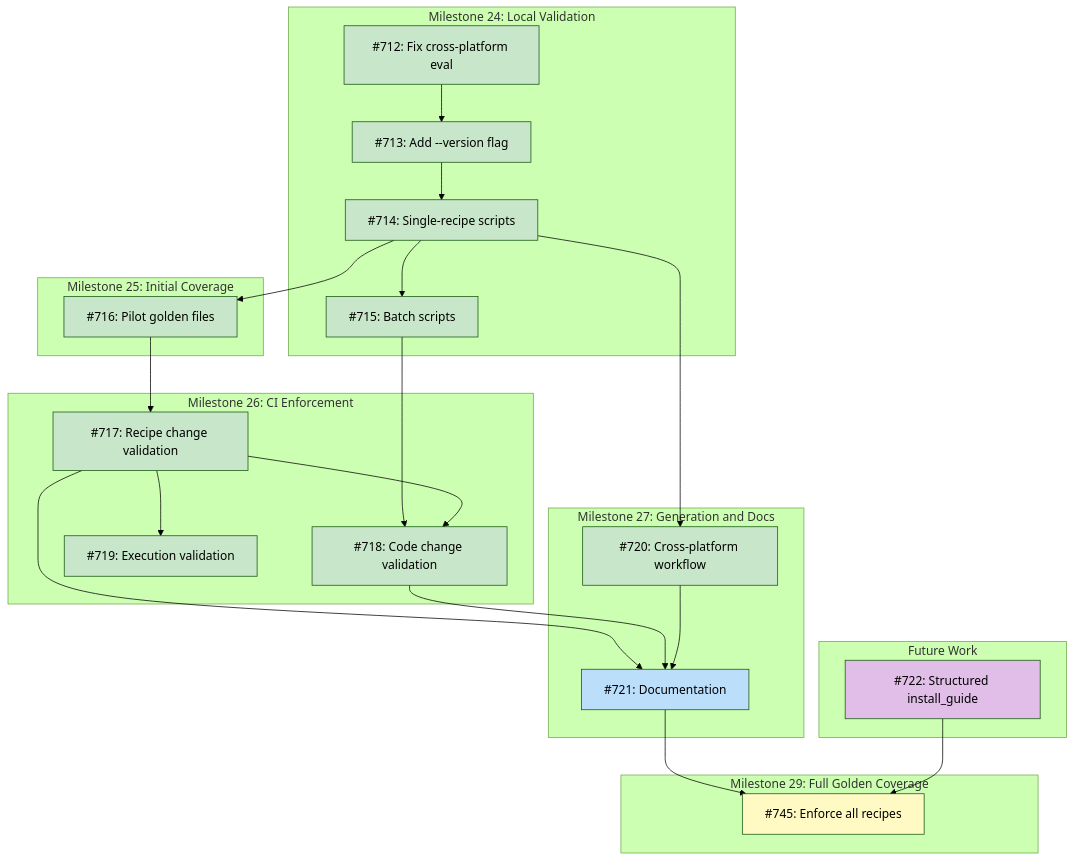
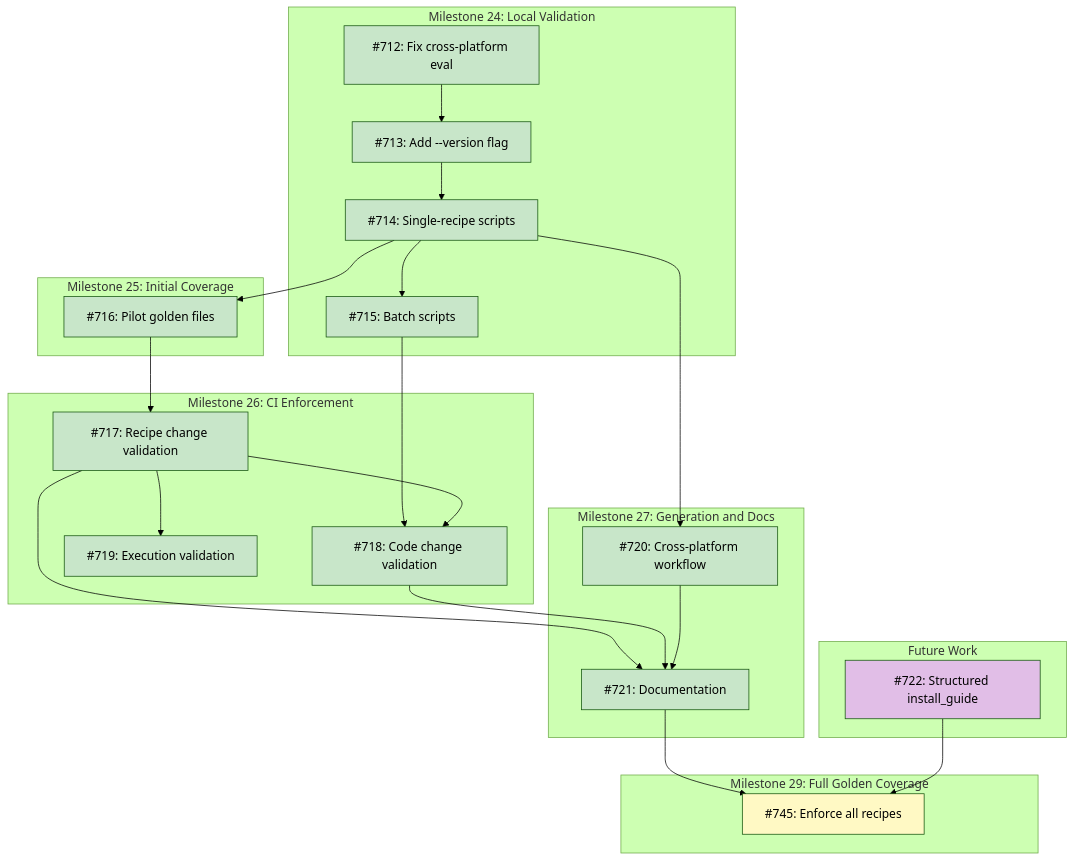
Before and after one commit to tsukumogami/tsuku: the diagram in docs/DESIGN-golden-plan-testing.md, drawn with Mermaid (forest theme).

Commit message:
docs: add golden file workflow to CONTRIBUTING.md (#752)
The golden file documentation was already added to CONTRIBUTING.md as
part
of PR #733 (issue #720). This PR updates the design doc dependency
diagram
to reflect that all documentation milestones are complete.

The Golden File Testing section in CONTRIBUTING.md covers:
- When to regenerate golden files (recipe changes, code changes)
- Script usage with examples
- Cross-platform generation workflow
- Local testing with --sandbox
- Link to design doc for full details

````diff
--- a/docs/DESIGN-golden-plan-testing.md
+++ b/docs/DESIGN-golden-plan-testing.md
@@ -48,57 +48,56 @@
 ```mermaid
 graph TD
     subgraph M24["Milestone 24: Local Validation"]
         I712["#712: Fix cross-platform eval"]
         I713["#713: Add --version flag"]
         I714["#714: Single-recipe scripts"]
         I715["#715: Batch scripts"]
     end
 
     subgraph M25["Milestone 25: Initial Coverage"]
         I716["#716: Pilot golden files"]
     end
 
     subgraph M26["Milestone 26: CI Enforcement"]
         I717["#717: Recipe change validation"]
         I718["#718: Code change validation"]
         I719["#719: Execution validation"]
     end
 
     subgraph M27["Milestone 27: Generation and Docs"]
         I720["#720: Cross-platform workflow"]
         I721["#721: Documentation"]
     end
 
     subgraph M29["Milestone 29: Full Golden Coverage"]
         I745["#745: Enforce all recipes"]
     end
 
     subgraph Future["Future Work"]
         I722["#722: Structured install_guide"]
     end
 
     I712 --> I713
     I713 --> I714
     I714 --> I715
     I714 --> I716
     I714 --> I720
     I716 --> I717
     I715 --> I718
     I717 --> I718
     I717 --> I719
     I717 --> I721
     I718 --> I721
     I720 --> I721
     I721 --> I745
     I722 --> I745
 
     classDef done fill:#c8e6c9
     classDef ready fill:#bbdefb
     classDef blocked fill:#fff9c4
     classDef needsDesign fill:#e1bee7
 
-    class I712,I713,I714,I715,I716,I717,I718,I719,I720 done
-    class I721 ready
+    class I712,I713,I714,I715,I716,I717,I718,I719,I720,I721 done
     class I745 blocked
     class I722 needsDesign
 ```
````
